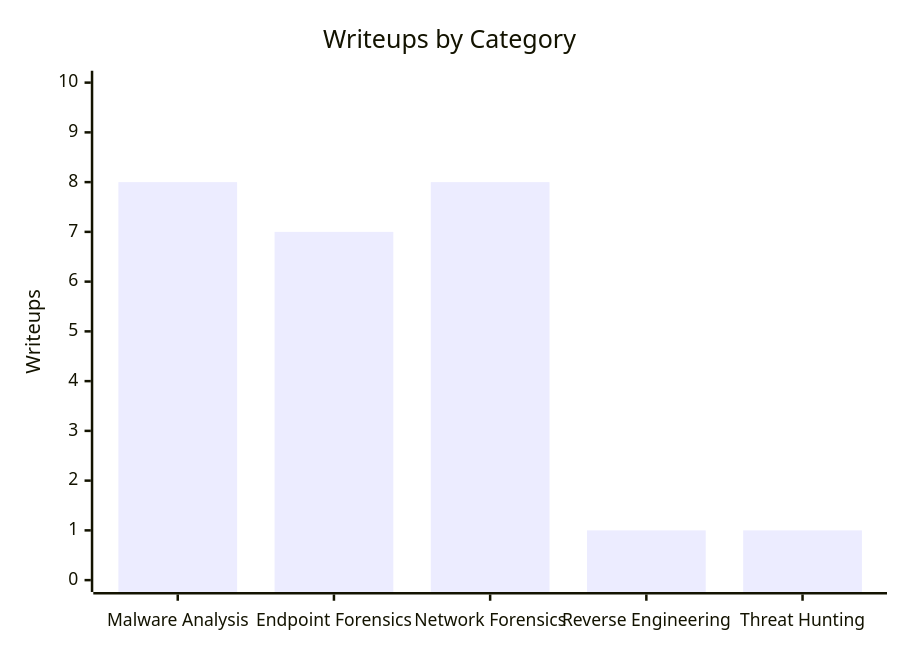
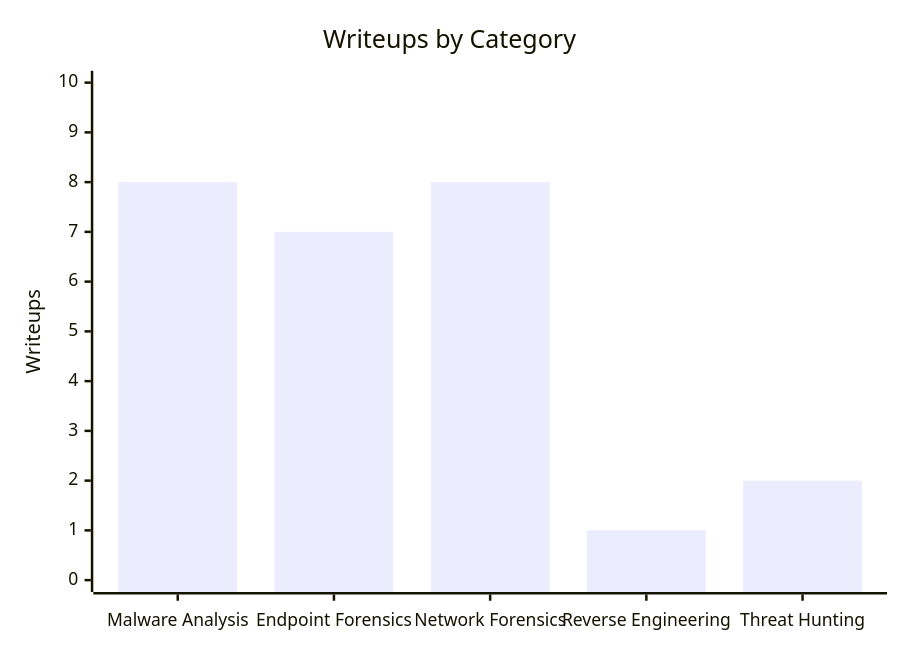
The diagram in README.md (FrancisVillalon/cyberdefender-writeups), drawn with Mermaid before and after one commit. The commit also changed other lines of this file and 9 other files, not shown here.

````diff
--- a/README.md
+++ b/README.md
@@ -9,7 +9,7 @@
 ```mermaid
 xychart-beta
     title "Writeups by Category"
     x-axis ["Malware Analysis", "Endpoint Forensics", "Network Forensics", "Reverse Engineering", "Threat Hunting"]
     y-axis "Writeups" 0 --> 10
-    bar [8, 7, 8, 1, 1]
+    bar [8, 7, 8, 1, 2]
 ```
````
